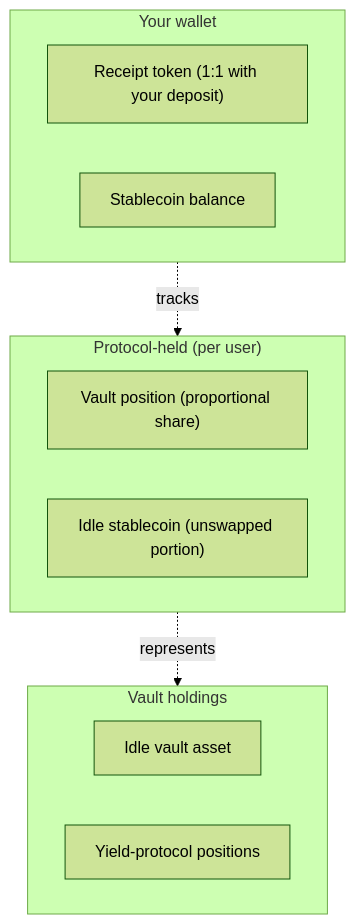
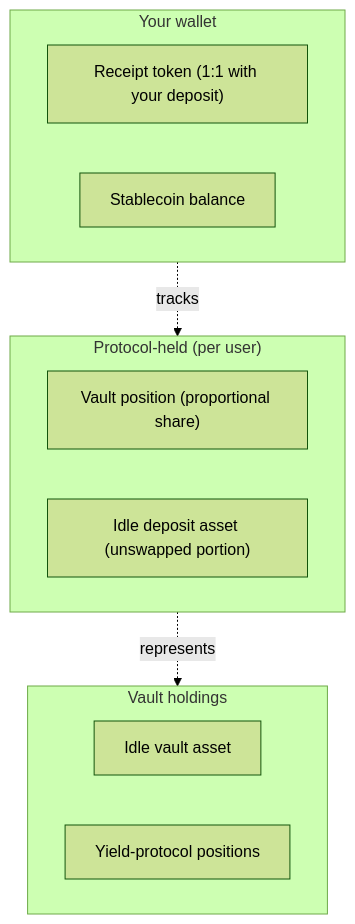
One commit to tumbuh-fi/docs changed the second of 2 diagrams in how-it-works/overview.mdx. Above: the diagram before and after it, drawn with Mermaid (forest theme). The commit also changed other lines of this file and 12 other files, not shown here.

````diff
--- a/how-it-works/overview.mdx
+++ b/how-it-works/overview.mdx
@@ -47,20 +47,20 @@
 ```mermaid
 flowchart TB
     subgraph Wallet["Your wallet"]
         TIDRX["Receipt token (1:1 with your deposit)"]
         IDRXBal["Stablecoin balance"]
     end
 
     subgraph RouterHoldings["Protocol-held (per user)"]
         Shares["Vault position (proportional share)"]
-        IdleIDRX["Idle stablecoin (unswapped portion)"]
+        IdleIDRX["Idle deposit asset (unswapped portion)"]
     end
 
     subgraph VaultHoldings["Vault holdings"]
         USDCIdle["Idle vault asset"]
         StratPos["Yield-protocol positions"]
     end
 
     Wallet -.tracks.-> RouterHoldings
     RouterHoldings -.represents.-> VaultHoldings
 ```
````
